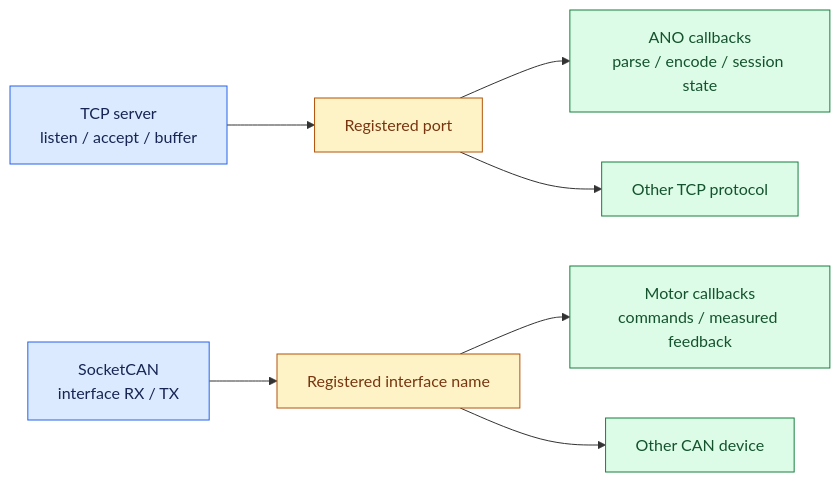
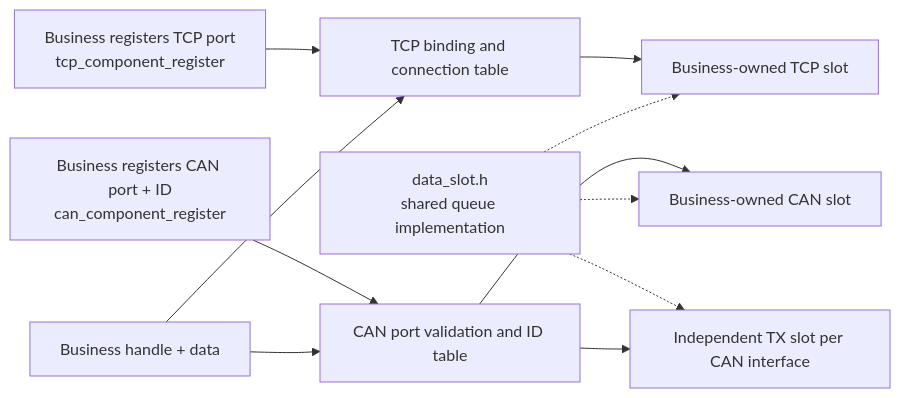
Before and after one commit to qianruo-orange/autonomous-driving-car: the seventh of 7 diagrams in README.md, drawn with Mermaid. The commit also changed other lines of this file and 21 other files, not shown here.

Commit message:
Bind business handles to shared data slots and consolidate CAN TCP modules

````diff
--- a/README.md
+++ b/README.md
@@ -336,15 +336,13 @@
 ```mermaid
 flowchart LR
-    TCP["TCP server<br/>listen / accept / buffer"] --> Ports["Registered port"]
-    Ports --> ANO["ANO callbacks<br/>parse / encode / session state"]
-    Ports --> OtherTCP["Other TCP protocol"]
-    CAN["SocketCAN<br/>interface RX / TX"] --> Interfaces["Registered interface name"]
-    Interfaces --> Motor["Motor callbacks<br/>commands / measured feedback"]
-    Interfaces --> OtherCAN["Other CAN device"]
-    classDef transport fill:#dbeafe,stroke:#2563eb,color:#172554
-    classDef routing fill:#fef3c7,stroke:#b45309,color:#78350f
-    classDef business fill:#dcfce7,stroke:#15803d,color:#14532d
-    class TCP,CAN transport
-    class Ports,Interfaces routing
-    class ANO,OtherTCP,Motor,OtherCAN business
+    TCPReg["Business registers TCP port<br/>tcp_component_register"] --> TCP["TCP binding and connection table"]
+    CANReg["Business registers CAN port + ID<br/>can_component_register"] --> CAN["CAN port validation and ID table"]
+    TCP --> TSlot["Business-owned TCP slot"]
+    CAN --> CSlot["Business-owned CAN slot"]
+    Send["Business handle + data"] --> TCP
+    Send --> CAN
+    Shared["data_slot.h<br/>shared queue implementation"] -.-> TSlot
+    Shared -.-> CSlot
+    Shared -.-> TX["Independent TX slot per CAN interface"]
+    CAN --> TX
 ```
````
